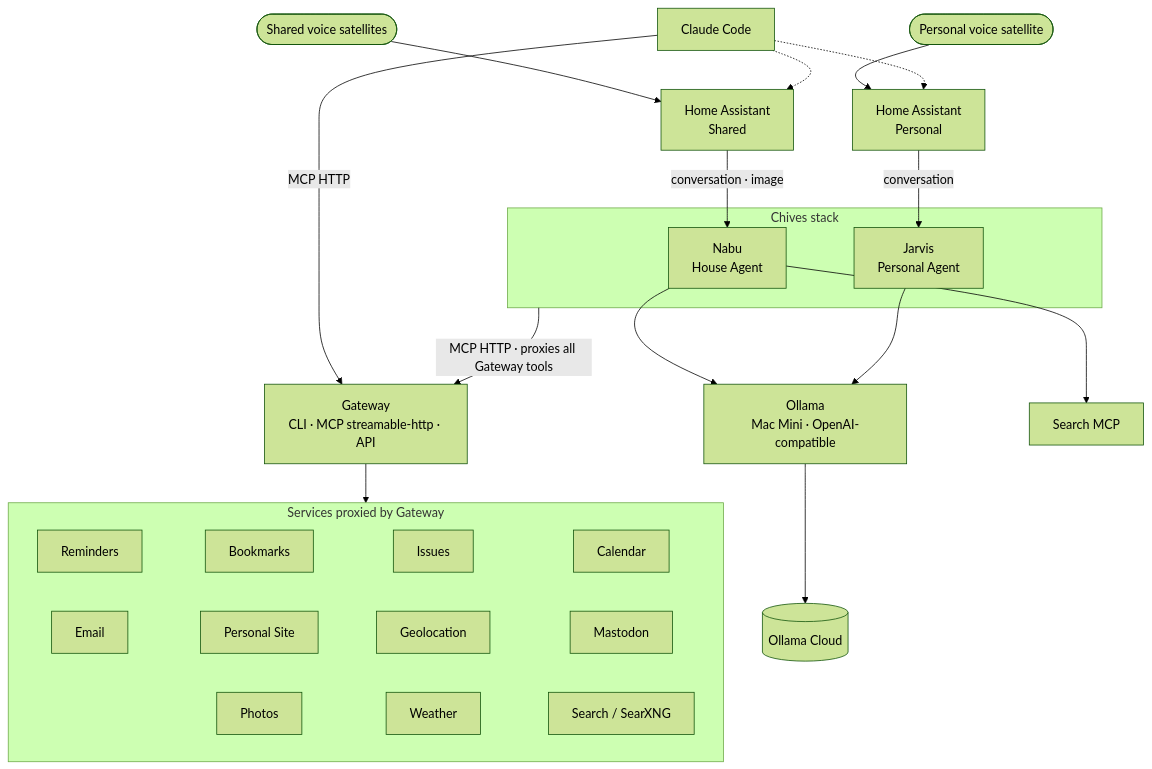
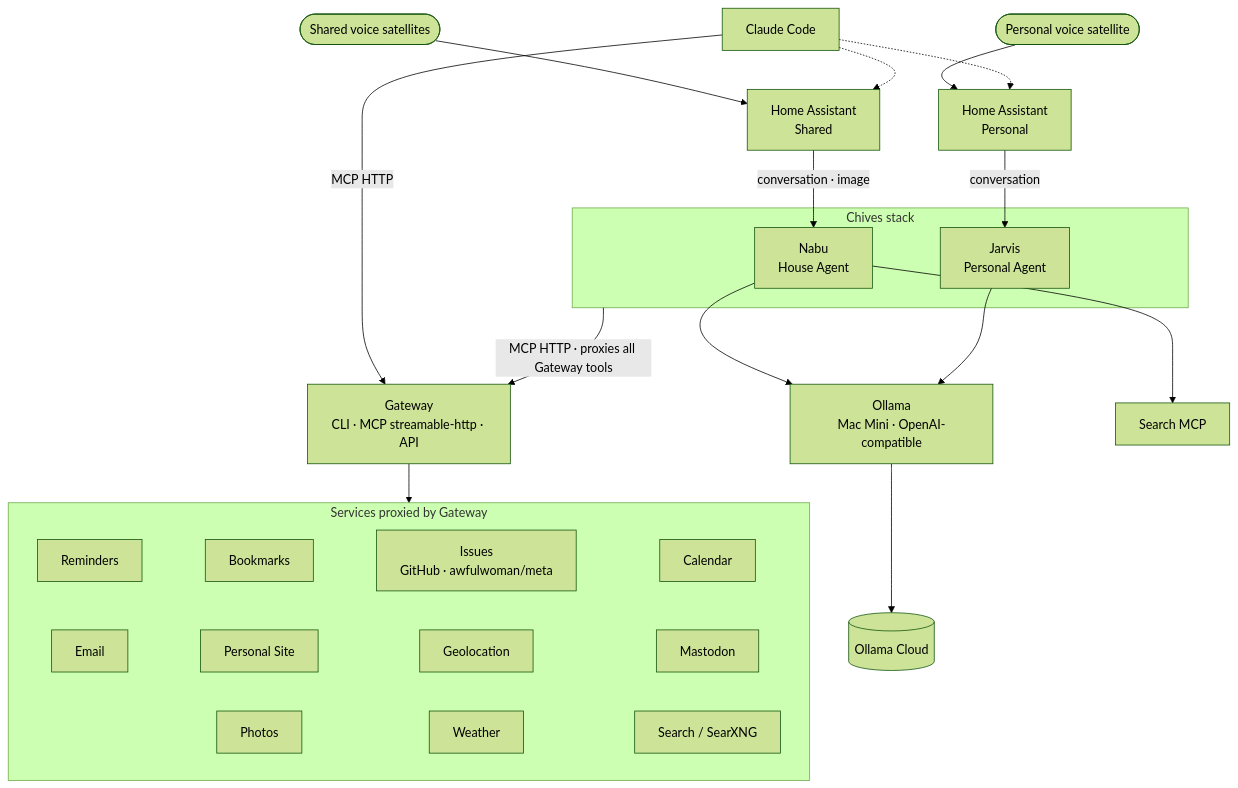
One commit to awfulwoman/personal-cloud changed the diagram in README.md. Above: the diagram before and after it, drawn with Mermaid (forest theme). The commit also changed other lines of this file, not shown here.

Commit message:
Note Issues are backed by GitHub (awfulwoman/meta)

````diff
--- a/README.md
+++ b/README.md
@@ -7,46 +7,46 @@
 ```mermaid
 flowchart TD
     %% Surfaces I interact with
     CC[Claude Code]
     VoiceShared([Shared voice satellites])
     VoicePersonal([Personal voice satellite])
 
     %% Home Assistant instances
     HAShared[Home Assistant<br/>Shared]
     HAPersonal[Home Assistant<br/>Personal]
 
     %% Agents — both run on the Chives stack
     subgraph Chives["Chives stack"]
         Nabu[Nabu<br/>House Agent]
         Jarvis[Jarvis<br/>Personal Agent]
     end
 
     %% LLM runtime
     Ollama[Ollama<br/>Mac Mini · OpenAI-compatible]
     OllamaCloud[(Ollama Cloud)]
 
     %% Gateway + the services it proxies
     Gateway[Gateway<br/>CLI · MCP streamable-http · API]
     SearchMCP[Search MCP]
     subgraph Services["Services proxied by Gateway"]
         direction LR
-        Reminders[Reminders] ~~~ Bookmarks[Bookmarks] ~~~ Issues[Issues] ~~~ Calendar[Calendar]
+        Reminders[Reminders] ~~~ Bookmarks[Bookmarks] ~~~ Issues[Issues<br/>GitHub · awfulwoman/meta] ~~~ Calendar[Calendar]
         Email[Email] ~~~ Site[Personal Site] ~~~ Geo[Geolocation] ~~~ Mastodon[Mastodon]
         Photos[Photos] ~~~ Weather[Weather] ~~~ SearXNG[Search / SearXNG]
     end
 
     %% Wiring
     VoiceShared --> HAShared
     VoicePersonal --> HAPersonal
     HAShared -->|conversation · image| Nabu
     HAPersonal -->|conversation| Jarvis
     Nabu --> Ollama
     Nabu --> SearchMCP
     Jarvis --> Ollama
     Chives -->|MCP HTTP · proxies all Gateway tools| Gateway
     Ollama --> OllamaCloud
     CC -->|MCP HTTP| Gateway
     CC -.-> HAShared
     CC -.-> HAPersonal
     Gateway --> Services
 ```
````
